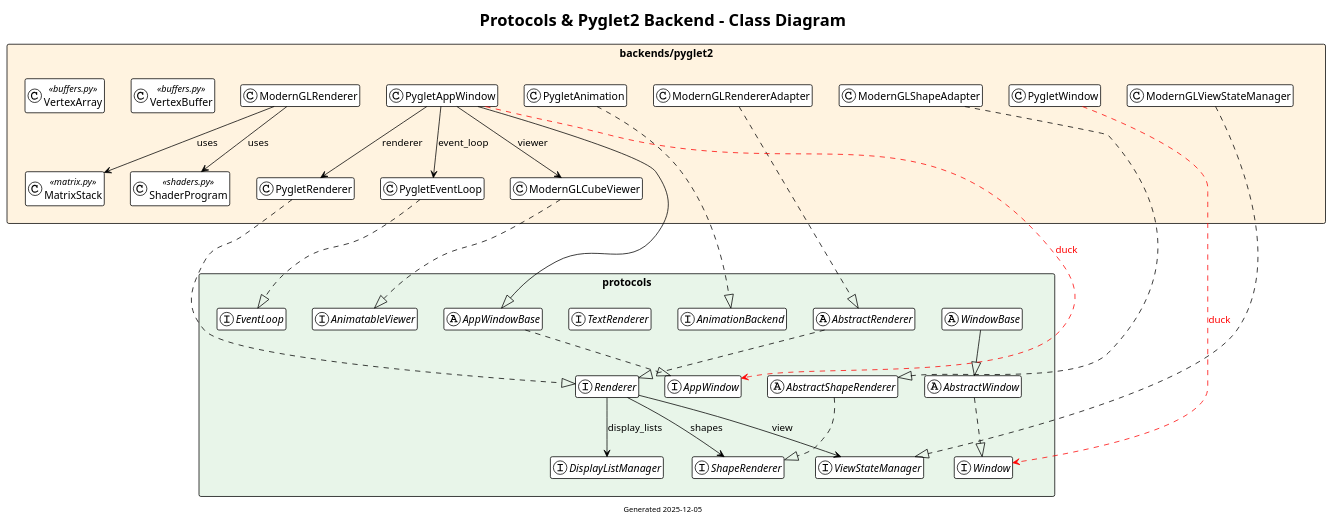
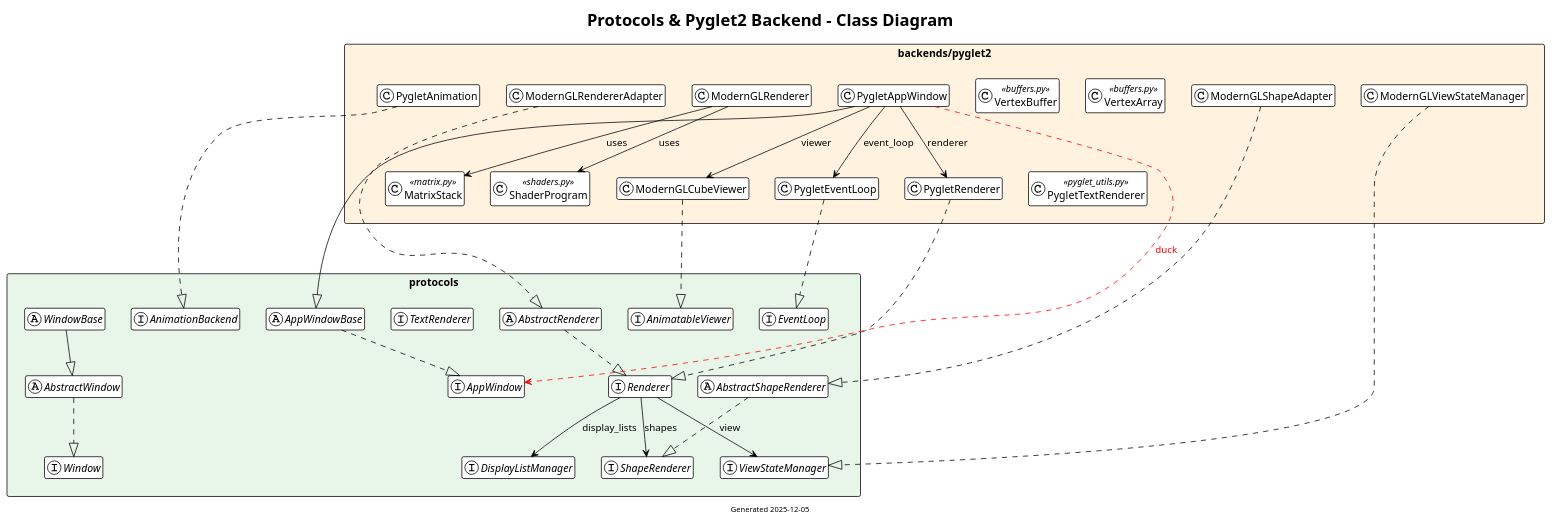
Before and after one commit to boaznahum/cubesolve: the diagram in docs/design/protocols_pyglet2.puml, drawn with PlantUML. The commit also changed 17 other files, not shown here.

First line of the commit message:
Remove unused PygletWindow classes, clean up window_factory

```diff
--- a/docs/design/protocols_pyglet2.puml
+++ b/docs/design/protocols_pyglet2.puml
@@ -1,103 +1,102 @@
 @startuml protocols_pyglet2
 !theme plain
 skinparam classAttributeIconSize 0
 hide members
 
 title Protocols & Pyglet2 Backend - Class Diagram
 footer Generated 2025-12-05
 
 ' ============================================
 ' PROTOCOLS (Interfaces) - TOP
 ' ============================================
 package "protocols" as P <<Rectangle>> #E8F5E9 {
     interface Renderer
     interface ShapeRenderer
     interface DisplayListManager
     interface ViewStateManager
     interface EventLoop
     interface AppWindow
     interface AnimationBackend
     interface AnimatableViewer
     interface TextRenderer
     interface Window
 
     ' Abstract base classes (no-op defaults)
     abstract class AbstractRenderer
     abstract class AbstractShapeRenderer
     abstract class AbstractWindow
 
     ' Base classes (real shared implementation)
     abstract class AppWindowBase
     abstract class WindowBase
 
     ' Protocol relationships
     Renderer --> ShapeRenderer : shapes
     Renderer --> DisplayListManager : display_lists
     Renderer --> ViewStateManager : view
 
     AbstractRenderer ..|> Renderer
     AbstractShapeRenderer ..|> ShapeRenderer
     AbstractWindow ..|> Window
     AppWindowBase ..|> AppWindow
     WindowBase --|> AbstractWindow
 }
 
 ' ============================================
 ' PYGLET2 BACKEND (Modern OpenGL) - BOTTOM
 ' ============================================
 package "backends/pyglet2" as B <<Rectangle>> #FFF3E0 {
     ' Protocol implementations
     class PygletRenderer
     class PygletEventLoop
     class PygletAppWindow
-    class PygletWindow
     class PygletAnimation
 
     ' Modern GL components
     class ModernGLRenderer
     class ModernGLCubeViewer
 
     ' Modern GL adapters (properly inherit from protocols/abstract classes)
     class ModernGLViewStateManager
     class ModernGLShapeAdapter
     class ModernGLRendererAdapter
 
     ' Support classes
     class ShaderProgram <<shaders.py>>
     class MatrixStack <<matrix.py>>
     class VertexBuffer <<buffers.py>>
     class VertexArray <<buffers.py>>
+    class PygletTextRenderer <<pyglet_utils.py>>
 }
 
 ' Force protocols package above pyglet2 package
 P -[hidden]down- B
 
 ' ============================================
 ' PROPER PROTOCOL IMPLEMENTATIONS (normal dashed line)
 ' ============================================
 PygletRenderer ..|> Renderer
 PygletEventLoop ..|> EventLoop
 PygletAnimation ..|> AnimationBackend
 ModernGLCubeViewer ..|> AnimatableViewer
 ModernGLViewStateManager ..|> ViewStateManager
 ModernGLShapeAdapter ..|> AbstractShapeRenderer
 ModernGLRendererAdapter ..|> AbstractRenderer
 
 ' ============================================
 ' DUCK TYPING - implements protocol but doesn't inherit (bold red)
 ' (metaclass conflict with pyglet.window.Window)
 ' ============================================
 PygletAppWindow .[#FF0000,bold,dashed].> AppWindow : <color:red>duck
-PygletWindow .[#FF0000,bold,dashed].> Window : <color:red>duck
 
 ' PygletAppWindow inherits from AppWindowBase (now in protocols)
 PygletAppWindow --|> AppWindowBase
 
 ' Internal relationships
 PygletAppWindow --> PygletRenderer : renderer
 PygletAppWindow --> PygletEventLoop : event_loop
 PygletAppWindow --> ModernGLCubeViewer : viewer
 ModernGLRenderer --> ShaderProgram : uses
 ModernGLRenderer --> MatrixStack : uses
 
 @enduml
```
